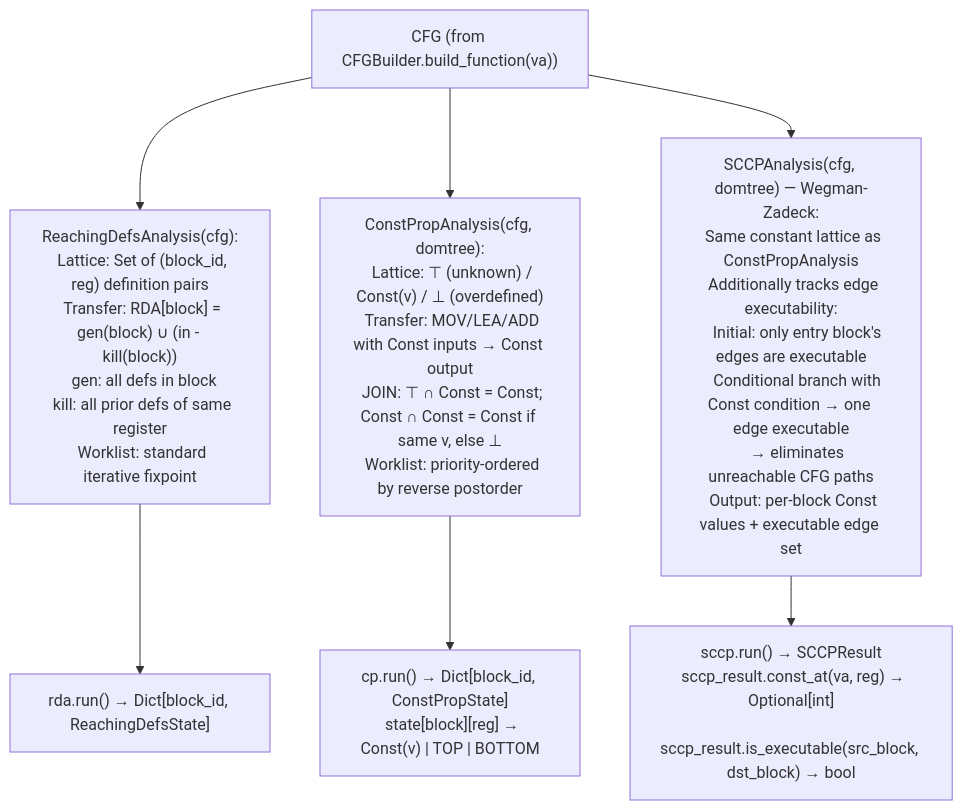
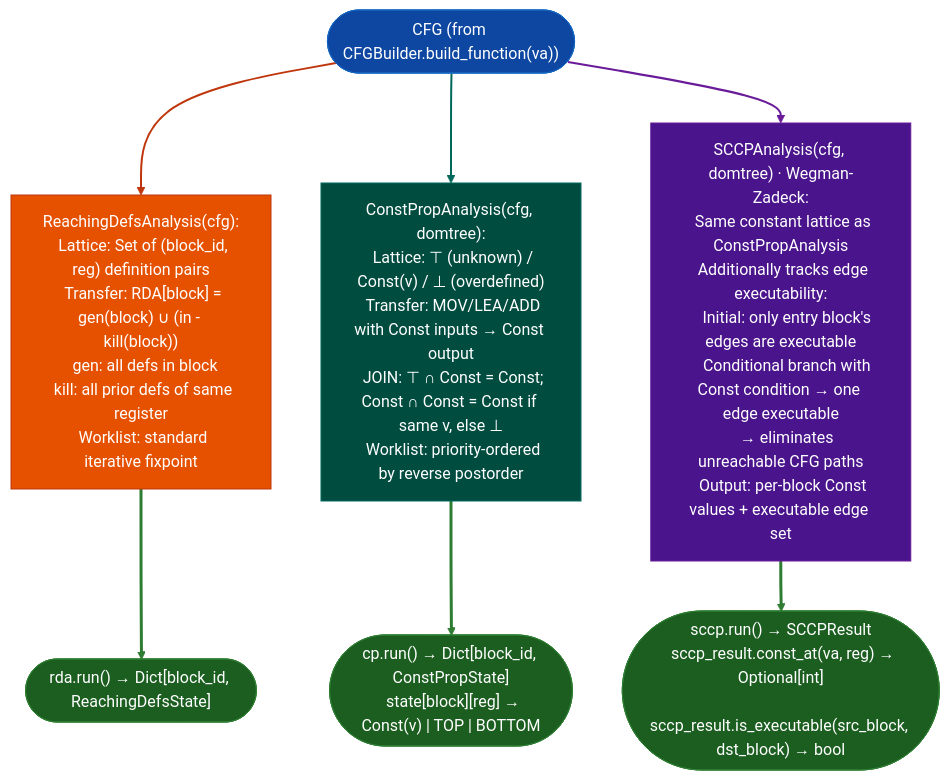
Before and after one commit to Ablation-Tool/ablation: the diagram in docs/reference-modules/constant-propagation-and-reaching-definitions.md, drawn with Mermaid. The commit also changed 320 other files, not shown here.

First line of the commit message:
docs: apply canonical Mermaid template to all 321 diagrams

````diff
--- a/docs/reference-modules/constant-propagation-and-reaching-definitions.md
+++ b/docs/reference-modules/constant-propagation-and-reaching-definitions.md
@@ -19,9 +19,21 @@
 ```mermaid
 flowchart TD
-    A["CFG (from CFGBuilder.build_function(va))"] --> B["ReachingDefsAnalysis(cfg):\n  Lattice: Set of (block_id, reg) definition pairs\n  Transfer: RDA[block] = gen(block) ∪ (in - kill(block))\n  gen: all defs in block\n  kill: all prior defs of same register\n  Worklist: standard iterative fixpoint"]
-    A --> C["ConstPropAnalysis(cfg, domtree):\n  Lattice: ⊤ (unknown) / Const(v) / ⊥ (overdefined)\n  Transfer: MOV/LEA/ADD with Const inputs → Const output\n  JOIN: ⊤ ∩ Const = Const; Const ∩ Const = Const if same v, else ⊥\n  Worklist: priority-ordered by reverse postorder"]
-    A --> D["SCCPAnalysis(cfg, domtree) — Wegman-Zadeck:\n  Same constant lattice as ConstPropAnalysis\n  Additionally tracks edge executability:\n    Initial: only entry block's edges are executable\n    Conditional branch with Const condition → one edge executable\n    → eliminates unreachable CFG paths\n  Output: per-block Const values + executable edge set"]
-    B --> E["rda.run() → Dict[block_id, ReachingDefsState]"]
-    C --> F["cp.run() → Dict[block_id, ConstPropState]\n  state[block][reg] → Const(v) | TOP | BOTTOM"]
-    D --> G["sccp.run() → SCCPResult\n  sccp_result.const_at(va, reg) → Optional[int]\n  sccp_result.is_executable(src_block, dst_block) → bool"]
+    A(["CFG (from CFGBuilder.build_function(va))"]):::input --> B["ReachingDefsAnalysis(cfg):\n  Lattice: Set of (block_id, reg) definition pairs\n  Transfer: RDA[block] = gen(block) ∪ (in - kill(block))\n  gen: all defs in block\n  kill: all prior defs of same register\n  Worklist: standard iterative fixpoint"]:::primary
+    A:::input --> C["ConstPropAnalysis(cfg, domtree):\n  Lattice: ⊤ (unknown) / Const(v) / ⊥ (overdefined)\n  Transfer: MOV/LEA/ADD with Const inputs → Const output\n  JOIN: ⊤ ∩ Const = Const; Const ∩ Const = Const if same v, else ⊥\n  Worklist: priority-ordered by reverse postorder"]:::secondary
+    A:::input --> D["SCCPAnalysis(cfg, domtree) · Wegman-Zadeck:\n  Same constant lattice as ConstPropAnalysis\n  Additionally tracks edge executability:\n    Initial: only entry block's edges are executable\n    Conditional branch with Const condition → one edge executable\n    → eliminates unreachable CFG paths\n  Output: per-block Const values + executable edge set"]:::tertiary
+    B:::primary --> E(["rda.run() → Dict[block_id, ReachingDefsState]"]):::output
+    C:::secondary --> F(["cp.run() → Dict[block_id, ConstPropState]\n  state[block][reg] → Const(v) | TOP | BOTTOM"]):::output
+    D:::tertiary --> G(["sccp.run() → SCCPResult\n  sccp_result.const_at(va, reg) → Optional[int]\n  sccp_result.is_executable(src_block, dst_block) → bool"]):::output
+    classDef input     fill:#0d47a1,stroke:#1565c0,color:#fff
+    classDef primary   fill:#e65100,stroke:#bf360c,color:#fff
+    classDef secondary fill:#004d40,stroke:#00695c,color:#fff
+    classDef tertiary  fill:#4a148c,stroke:#6a1b9a,color:#fff
+    classDef neutral   fill:#37474f,stroke:#546e7a,color:#fff
+    classDef output    fill:#1b5e20,stroke:#2e7d32,color:#fff
+    linkStyle 0 stroke:#bf360c,stroke-width:2px
+    linkStyle 1 stroke:#00695c,stroke-width:2px
+    linkStyle 2 stroke:#6a1b9a,stroke-width:2px
+    linkStyle 3 stroke:#2e7d32,stroke-width:3px
+    linkStyle 4 stroke:#2e7d32,stroke-width:3px
+    linkStyle 5 stroke:#2e7d32,stroke-width:3px
 ```
````
